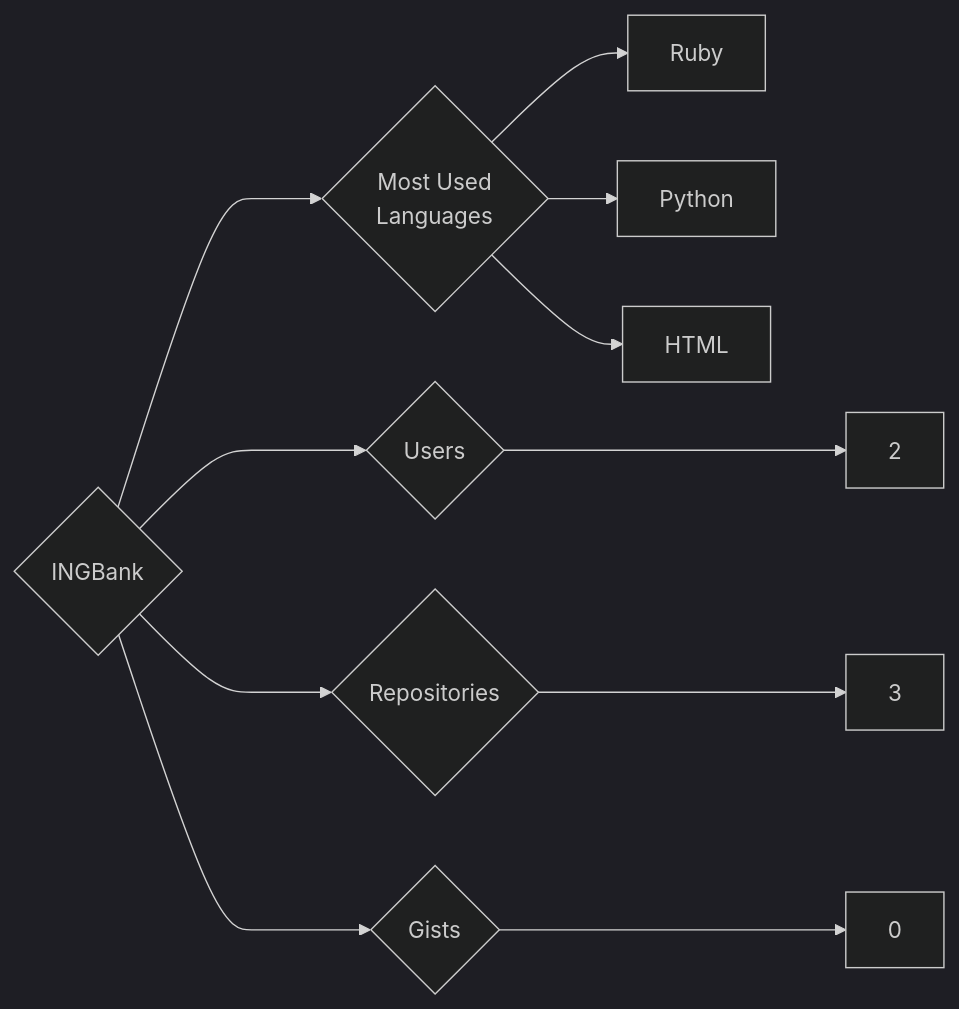
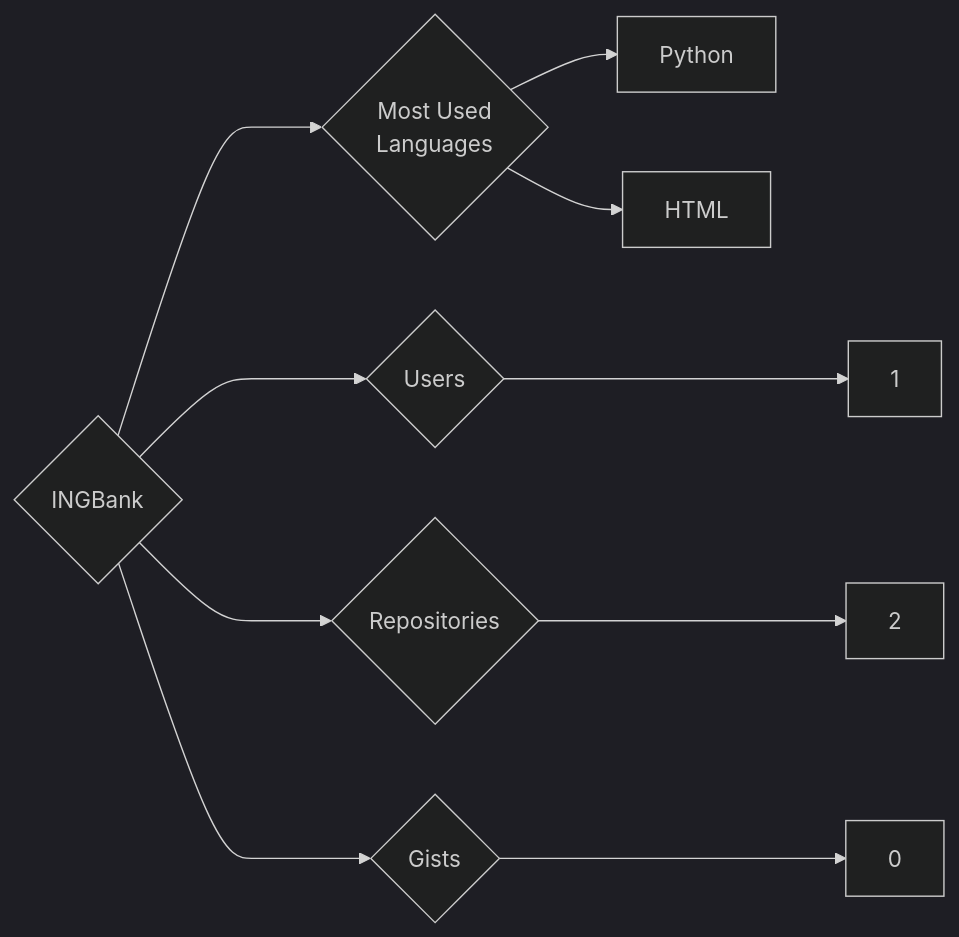
One commit to trickest/insiders changed the diagram in targets/INGBank/README.md. Above: the diagram before and after it, drawn with Mermaid (dark theme). The commit also changed 681 other files, not shown here.

````diff
--- a/targets/INGBank/README.md
+++ b/targets/INGBank/README.md
@@ -3,11 +3,10 @@
 ```mermaid
 graph LR
 COMPANY_NAME{INGBank}
-COMPANY_NAME ---> U{Users} ---> UN[2]
-COMPANY_NAME ---> R{Repositories} ---> RN[3]
+COMPANY_NAME ---> U{Users} ---> UN[1]
+COMPANY_NAME ---> R{Repositories} ---> RN[2]
 COMPANY_NAME ---> G{Gists} ---> GN[0]
 COMPANY_NAME ---> ML{Most Used<br>Languages}
-ML --> Ruby[Ruby]
 ML --> Python[Python]
 ML --> HTML[HTML]
 ```
````
